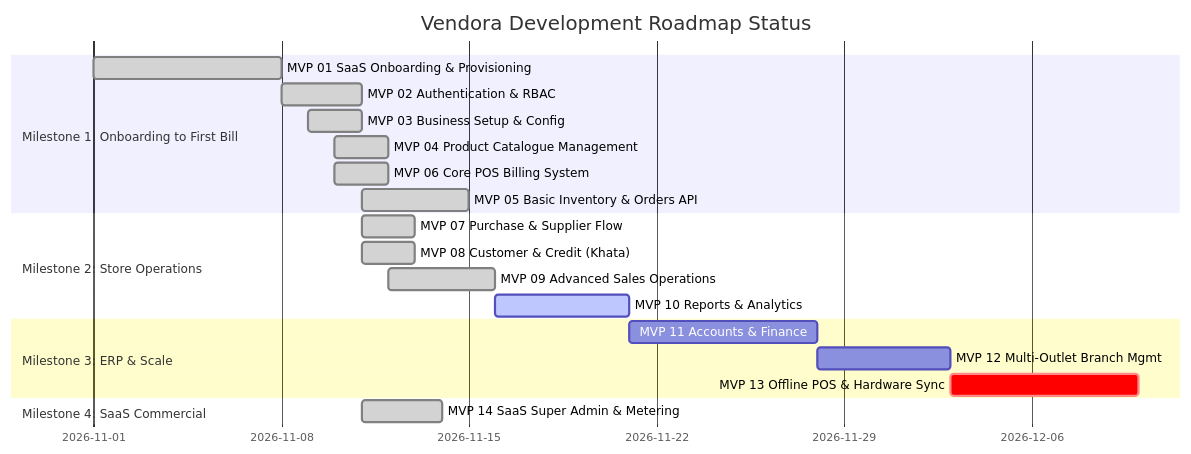
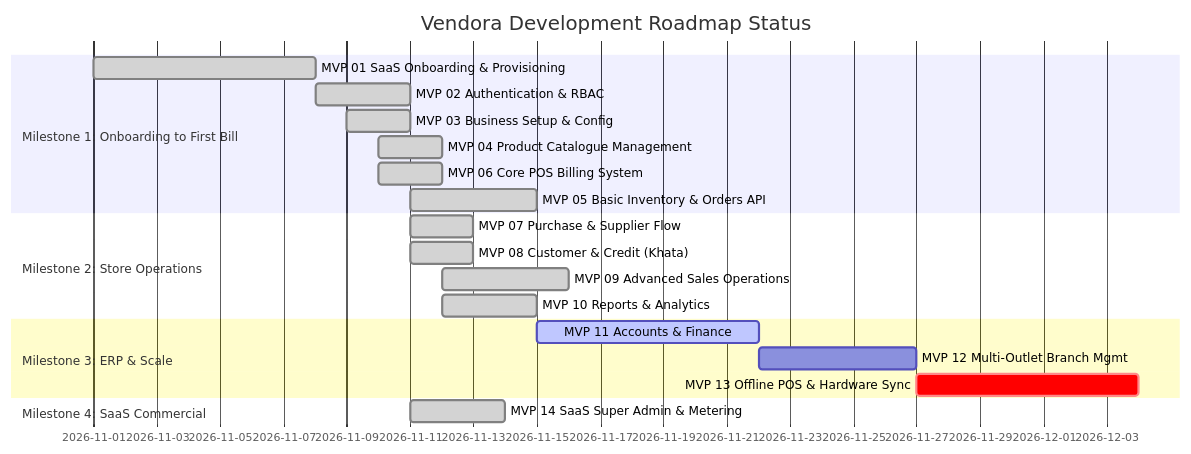
The diagram in docs/ROADMAP.md (Pandi2352/vendora-Vend-Aura-), drawn with Mermaid before and after one commit. The commit also changed other lines of this file and 44 other files, not shown here.

Commit message:
feat: build initial POS interface and backend schema structures

````diff
--- a/docs/ROADMAP.md
+++ b/docs/ROADMAP.md
@@ -345,23 +371,23 @@
 ```mermaid
 gantt
     title Vendora Development Roadmap Status
     dateFormat  YYYY-MM-DD
     section Milestone 1: Onboarding to First Bill
     MVP 01 SaaS Onboarding & Provisioning   :done,    m1_1, 2026-11-01, 7d
     MVP 02 Authentication & RBAC            :done,    m1_2, 2026-11-08, 3d
     MVP 03 Business Setup & Config         :done,    m1_3, 2026-11-09, 2d
     MVP 04 Product Catalogue Management     :done,    m1_4, 2026-11-10, 2d
     MVP 06 Core POS Billing System          :done,    m1_6, 2026-11-10, 2d
     MVP 05 Basic Inventory & Orders API    :done,    m1_5, 2026-11-11, 4d
     section Milestone 2: Store Operations
     MVP 07 Purchase & Supplier Flow        :done,    m2_1, 2026-11-11, 2d
     MVP 08 Customer & Credit (Khata)       :done,    m2_2, 2026-11-11, 2d
     MVP 09 Advanced Sales Operations       :done,    m2_3, 2026-11-12, 4d
-    MVP 10 Reports & Analytics             :active,  m2_4, after m2_3, 5d
+    MVP 10 Reports & Analytics             :done,    m2_4, 2026-11-12, 3d
     section Milestone 3: ERP & Scale
-    MVP 11 Accounts & Finance              :         m3_1, after m2_4, 7d
+    MVP 11 Accounts & Finance              :active,  m3_1, after m2_4, 7d
     MVP 12 Multi-Outlet Branch Mgmt        :         m3_2, after m3_1, 5d
     MVP 13 Offline POS & Hardware Sync     :crit,    m3_3, after m3_2, 7d
     section Milestone 4: SaaS Commercial
     MVP 14 SaaS Super Admin & Metering     :done,    m4_1, 2026-11-11, 3d
 ```
````
